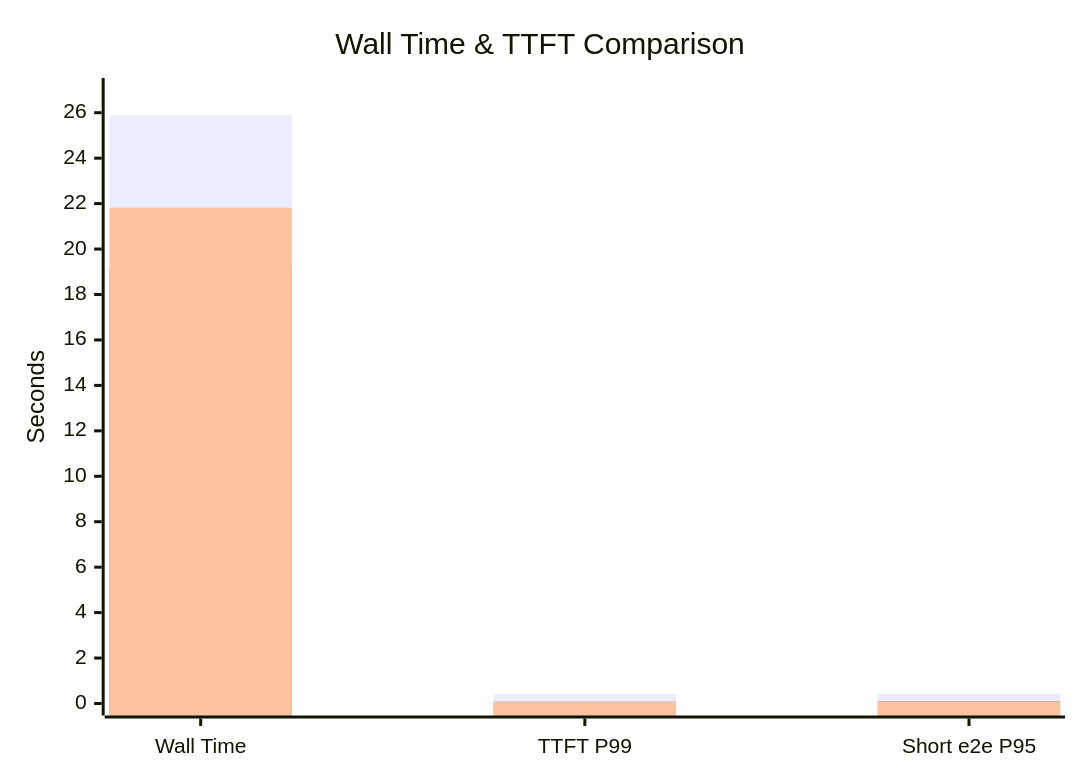
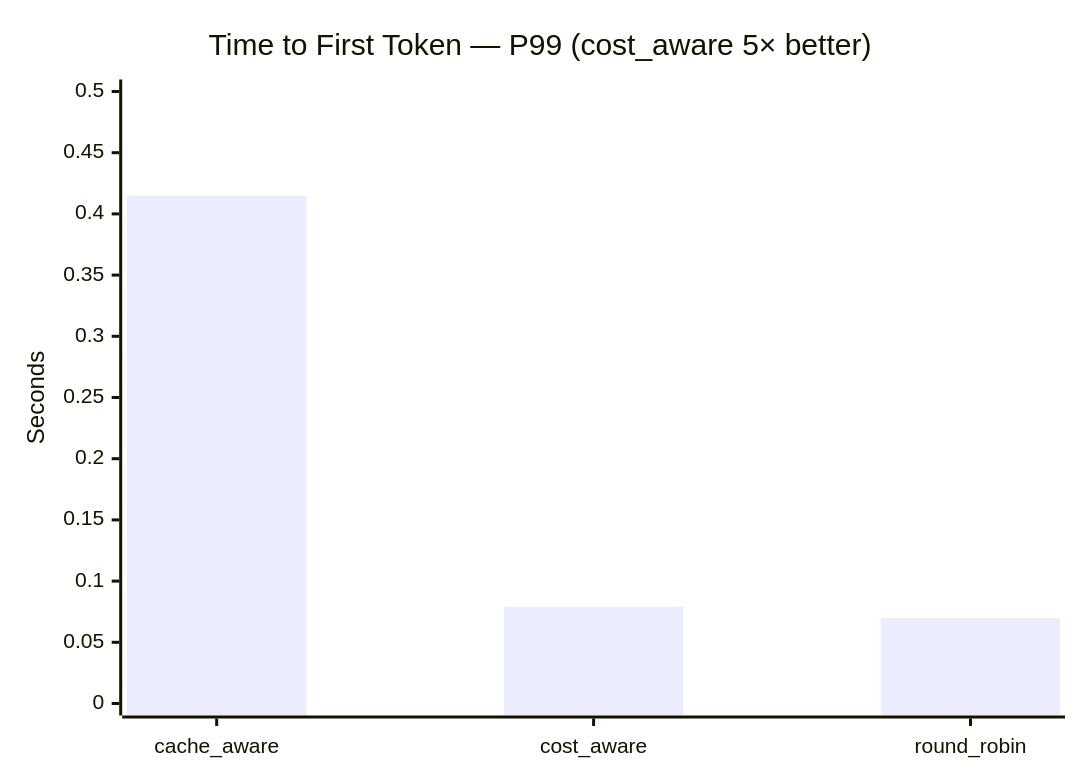
One commit to yangw1234/sglang_upstream_fork changed the third of 6 diagrams in sgl-model-gateway/docs/cost-aware-extreme-scenario.md. Above: the diagram before and after it, drawn with Mermaid. The commit also changed other lines of this file, not shown here.

````diff
--- a/sgl-model-gateway/docs/cost-aware-extreme-scenario.md
+++ b/sgl-model-gateway/docs/cost-aware-extreme-scenario.md
@@ -294,9 +300,7 @@
 ```mermaid
 xychart-beta
-    title "Wall Time & TTFT Comparison"
-    x-axis ["Wall Time", "TTFT P99", "Short e2e P95"]
-    y-axis "Seconds" 0 --> 27
-    bar [25.89, 0.415, 0.433]
-    bar [19.16, 0.079, 0.101]
-    bar [21.82, 0.070, 0.089]
+    title "Time to First Token — P99 (cost_aware 5× better)"
+    x-axis ["cache_aware", "cost_aware", "round_robin"]
+    y-axis "Seconds" 0 --> 0.5
+    bar [0.415, 0.079, 0.070]
 ```
````
